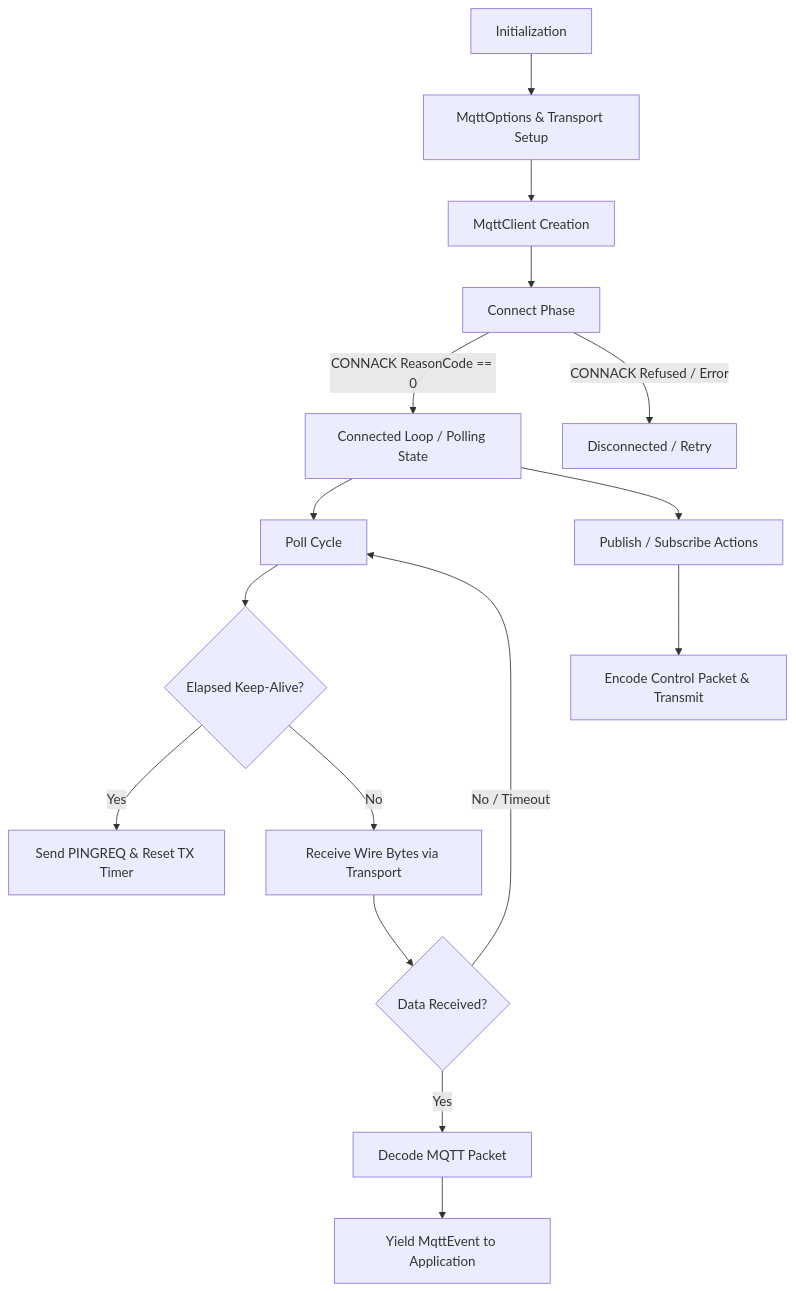
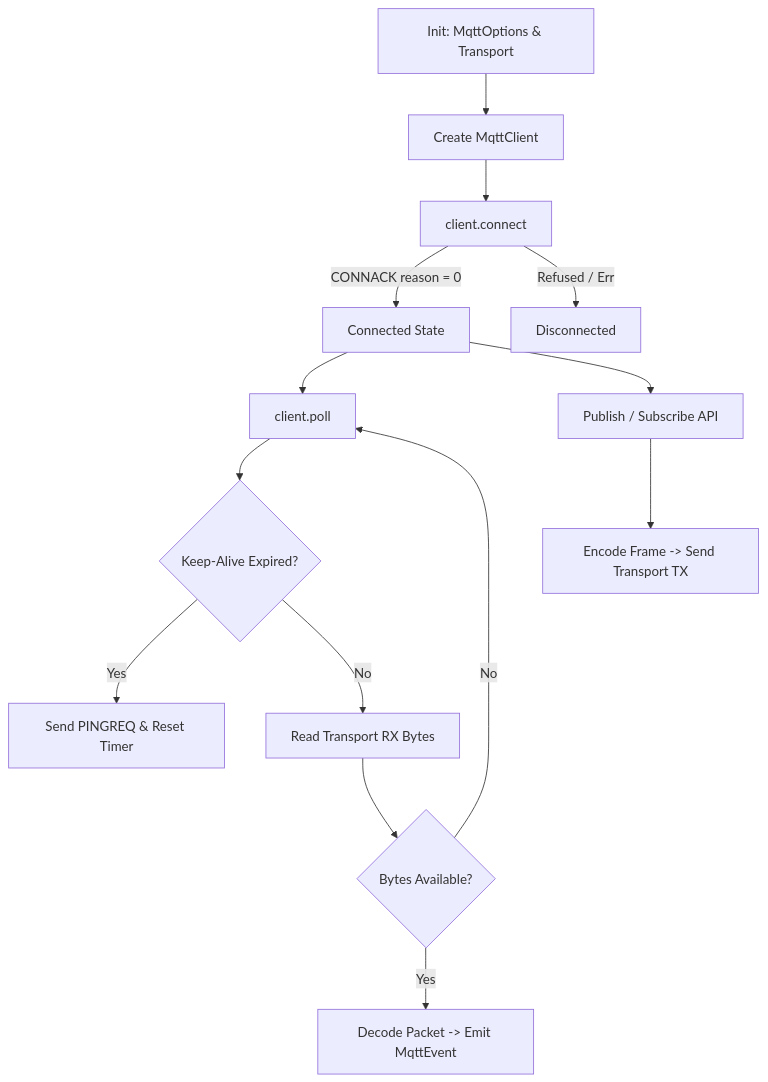
Before and after one commit to FaezBarghasa/mqtt-async-embedded: the first of 2 diagrams in docs/appflow.md, drawn with Mermaid. The commit also changed other lines of this file and 7 other files, not shown here.

````diff
--- a/docs/appflow.md
+++ b/docs/appflow.md
@@ -9,18 +9,16 @@
 ```mermaid
 flowchart TD
-    A[Initialization] --> B[MqttOptions & Transport Setup]
-    B --> C[MqttClient Creation]
-    C --> D[Connect Phase]
-    D -->|CONNACK ReasonCode == 0| E[Connected Loop / Polling State]
-    D -->|CONNACK Refused / Error| F[Disconnected / Retry]
-    E --> G[Poll Cycle]
-    G --> H{Elapsed Keep-Alive?}
-    H -- Yes --> I[Send PINGREQ & Reset TX Timer]
-    H -- No --> J[Receive Wire Bytes via Transport]
-    J --> K{Data Received?}
-    K -- Yes --> L[Decode MQTT Packet]
-    L --> M[Yield MqttEvent to Application]
-    K -- No / Timeout --> G
-    E --> N[Publish / Subscribe Actions]
-    N --> O[Encode Control Packet & Transmit]
+    A[Init: MqttOptions & Transport] --> B[Create MqttClient]
+    B --> C[client.connect]
+    C -->|CONNACK reason = 0| D[Connected State]
+    C -->|Refused / Err| E[Disconnected]
+    D --> F[client.poll]
+    F --> G{Keep-Alive Expired?}
+    G -- Yes --> H[Send PINGREQ & Reset Timer]
+    G -- No --> I[Read Transport RX Bytes]
+    I --> J{Bytes Available?}
+    J -- Yes --> K[Decode Packet -> Emit MqttEvent]
+    J -- No --> F
+    D --> L[Publish / Subscribe API]
+    L --> M[Encode Frame -> Send Transport TX]
 ```
````
